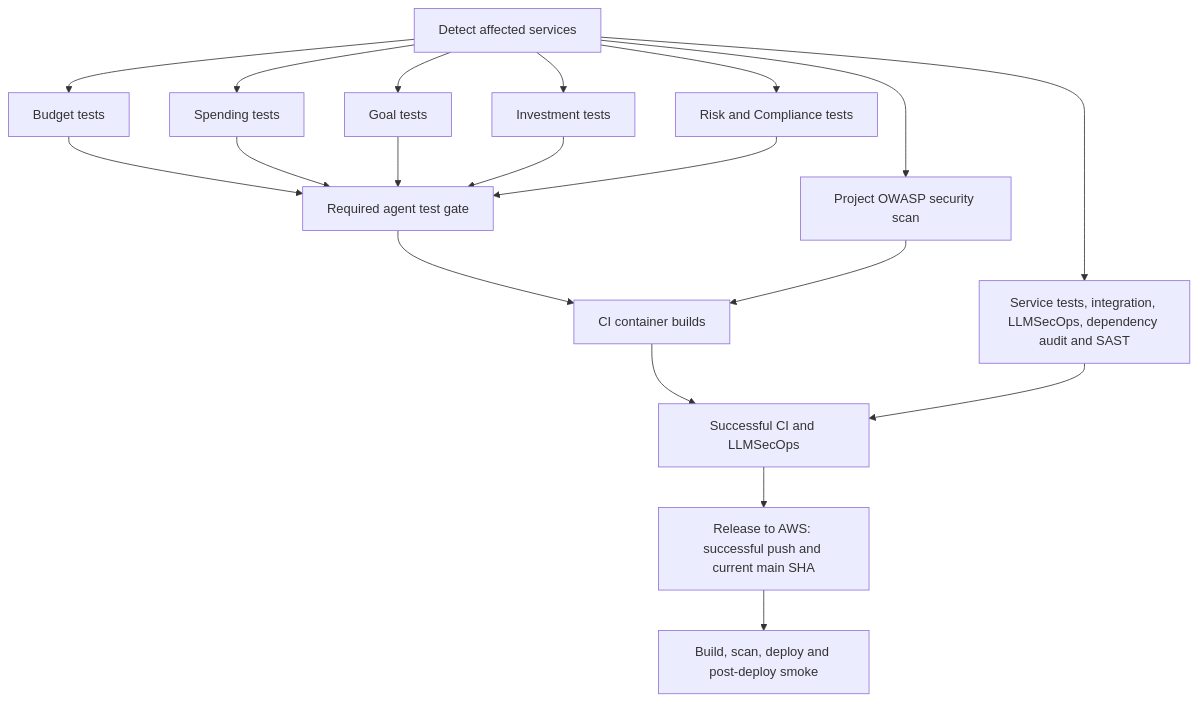
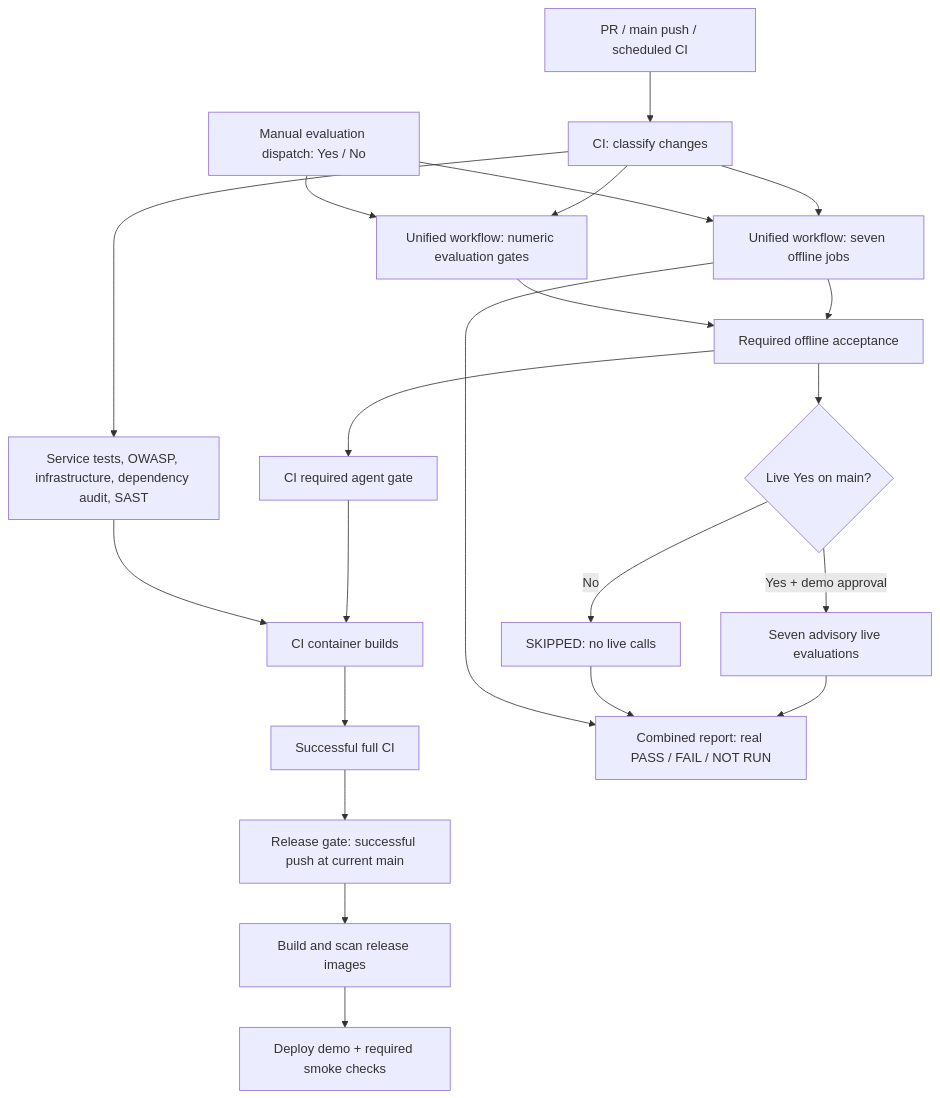
The diagram in docs/agent-test-workflows.md (Seanleng99/nus-iss-ais-team9), drawn with Mermaid before and after one commit. The commit also changed other lines of this file and 41 other files, not shown here.

Commit message:
Consolidate agent evaluations with optional live integration reports

````diff
--- a/docs/agent-test-workflows.md
+++ b/docs/agent-test-workflows.md
@@ -103,21 +81,24 @@
 ```mermaid
 flowchart TD
-    Changes[Detect affected services] --> Budget[Budget tests]
-    Changes --> Spending[Spending tests]
-    Changes --> Goal[Goal tests]
-    Changes --> Investment[Investment tests]
-    Changes --> Compliance[Risk and Compliance tests]
-    Budget --> Gate[Required agent test gate]
-    Spending --> Gate
-    Goal --> Gate
-    Investment --> Gate
-    Compliance --> Gate
-    Gate --> Containers[CI container builds]
-    Changes --> Security[Project OWASP security scan]
-    Security --> Containers
-    Changes --> Other[Service tests, integration, LLMSecOps, dependency audit and SAST]
-    Containers --> CI[Successful CI and LLMSecOps]
-    Other --> CI
-    CI --> Release[Release to AWS: successful push and current main SHA]
-    Release --> AWS[Build, scan, deploy and post-deploy smoke]
+    Push[PR / main push / scheduled CI] --> Changes[CI: classify changes]
+    Changes --> Offline[Unified workflow: seven offline jobs]
+    Changes --> Metrics[Unified workflow: numeric evaluation gates]
+    Offline --> Required[Required offline acceptance]
+    Metrics --> Required
+    Required --> Gate[CI required agent gate]
+    Changes --> Other[Service tests, OWASP, infrastructure, dependency audit, SAST]
+    Gate --> Build[CI container builds]
+    Other --> Build
+    Build --> CI[Successful full CI]
+    CI --> ReleaseGate[Release gate: successful push at current main]
+    ReleaseGate --> Images[Build and scan release images]
+    Images --> AWS[Deploy demo + required smoke checks]
+    Manual[Manual evaluation dispatch: Yes / No] --> Offline
+    Manual --> Metrics
+    Required --> Choice{Live Yes on main?}
+    Choice -->|Yes + demo approval| Live[Seven advisory live evaluations]
+    Choice -->|No| Skip[SKIPPED: no live calls]
+    Live --> Report[Combined report: real PASS / FAIL / NOT RUN]
+    Skip --> Report
+    Offline --> Report
 ```
````
